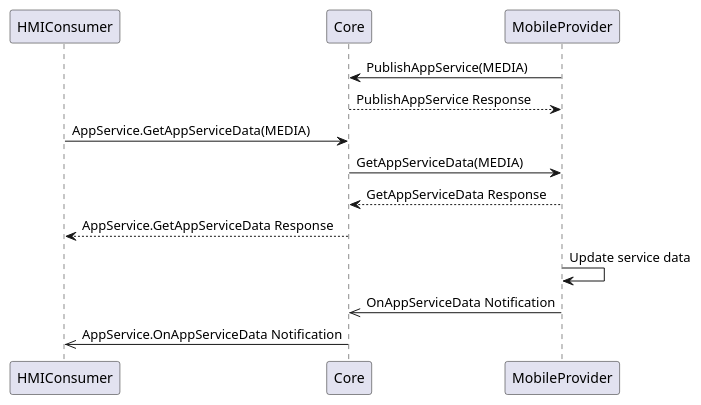
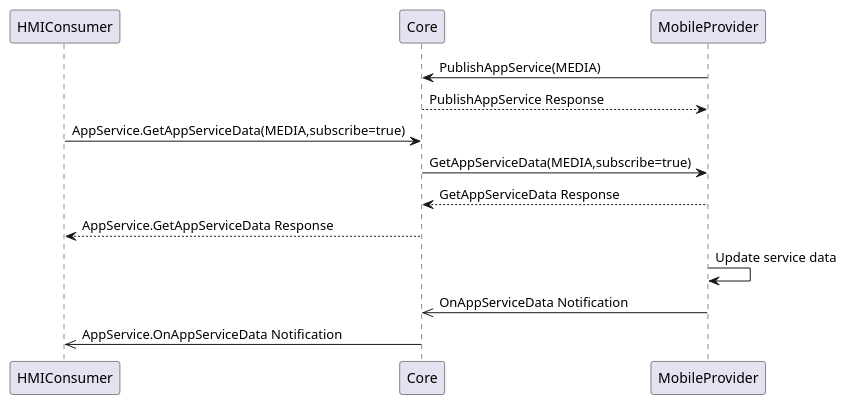
Before and after one commit to smartdevicelink/sdl_hmi_integration_guidelines: the diagram in docs/AppService/OnAppServiceData/assets/OnAppServiceData_HMI_ASC.puml, drawn with PlantUML. The commit also changed 7 other files, not shown here.

Commit message:
Fixed UML diagrams for GetFile and OnAppServiceData

```diff
--- a/docs/AppService/OnAppServiceData/assets/OnAppServiceData_HMI_ASC.puml
+++ b/docs/AppService/OnAppServiceData/assets/OnAppServiceData_HMI_ASC.puml
@@ -1,16 +1,16 @@
 @startuml OnAppServiceData_HMI_ASC
 participant HMIConsumer
 participant Core
 participant MobileProvider
 
 MobileProvider -> Core: PublishAppService(MEDIA)
 Core --> MobileProvider: PublishAppService Response
-HMIConsumer -> Core: AppService.GetAppServiceData(MEDIA)
-Core -> MobileProvider: GetAppServiceData(MEDIA)
+HMIConsumer -> Core: AppService.GetAppServiceData(MEDIA,subscribe=true)
+Core -> MobileProvider: GetAppServiceData(MEDIA,subscribe=true)
 MobileProvider --> Core: GetAppServiceData Response
 Core --> HMIConsumer: AppService.GetAppServiceData Response
 MobileProvider -> MobileProvider: Update service data
 MobileProvider ->> Core: OnAppServiceData Notification
 Core ->> HMIConsumer: AppService.OnAppServiceData Notification
 
 @enduml
```
